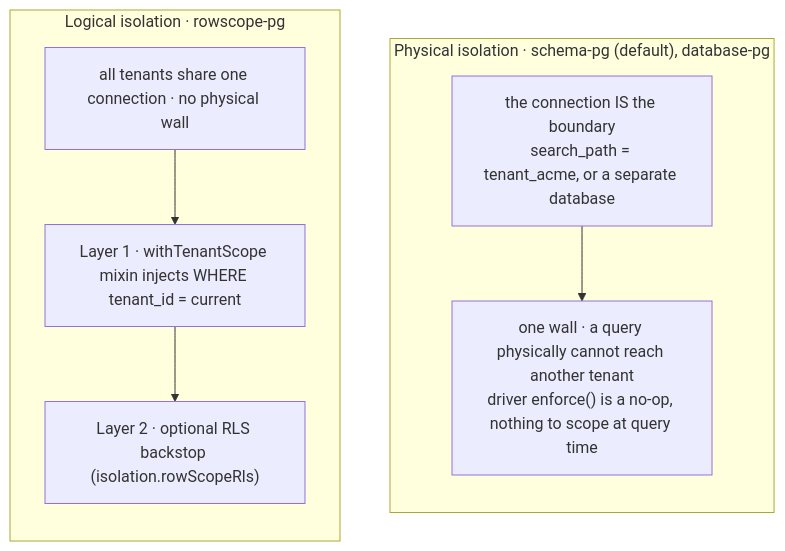
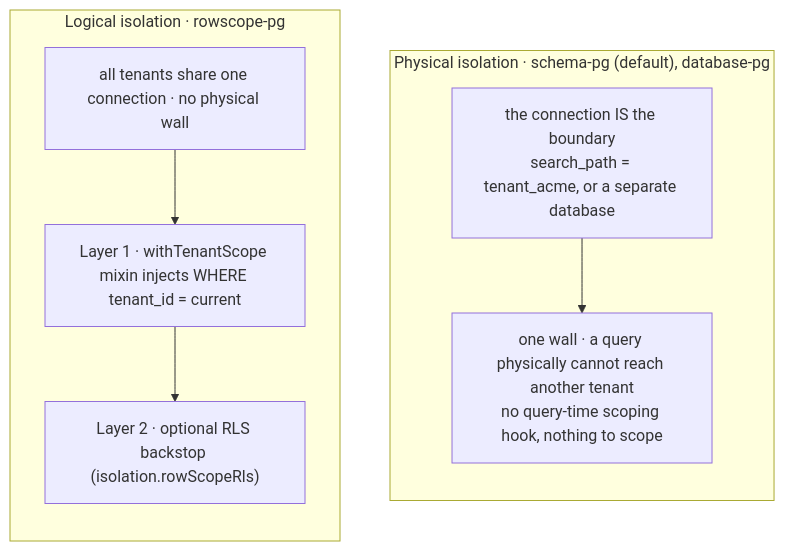
One commit to Arcoders/Adonisjs-lasagna-saas-tenancy changed the fifth of 18 diagrams in docs/architecture.md. Above: the diagram before and after it, drawn with Mermaid. The commit also changed other lines of this file and 8 other files, not shown here.

First line of the commit message:
refactor(core): wave 4 — make IsolationDriver.enforce() an optional hook (AD-06)

````diff
--- a/docs/architecture.md
+++ b/docs/architecture.md
@@ -172,14 +172,14 @@
 ```mermaid
 flowchart TB
   subgraph phys["Physical isolation · schema-pg (default), database-pg"]
     direction TB
     PC["the connection IS the boundary<br/>search_path = tenant_acme, or a separate database"]
-    PC --> PW["one wall · a query physically cannot reach another tenant<br/>driver enforce() is a no-op, nothing to scope at query time"]
+    PC --> PW["one wall · a query physically cannot reach another tenant<br/>no query-time scoping hook, nothing to scope"]
   end
   subgraph logi["Logical isolation · rowscope-pg"]
     direction TB
     LC["all tenants share one connection · no physical wall"]
     LC --> LM["Layer 1 · withTenantScope mixin injects WHERE tenant_id = current"]
     LM --> LR["Layer 2 · optional RLS backstop (isolation.rowScopeRls)"]
   end
 ```
````
